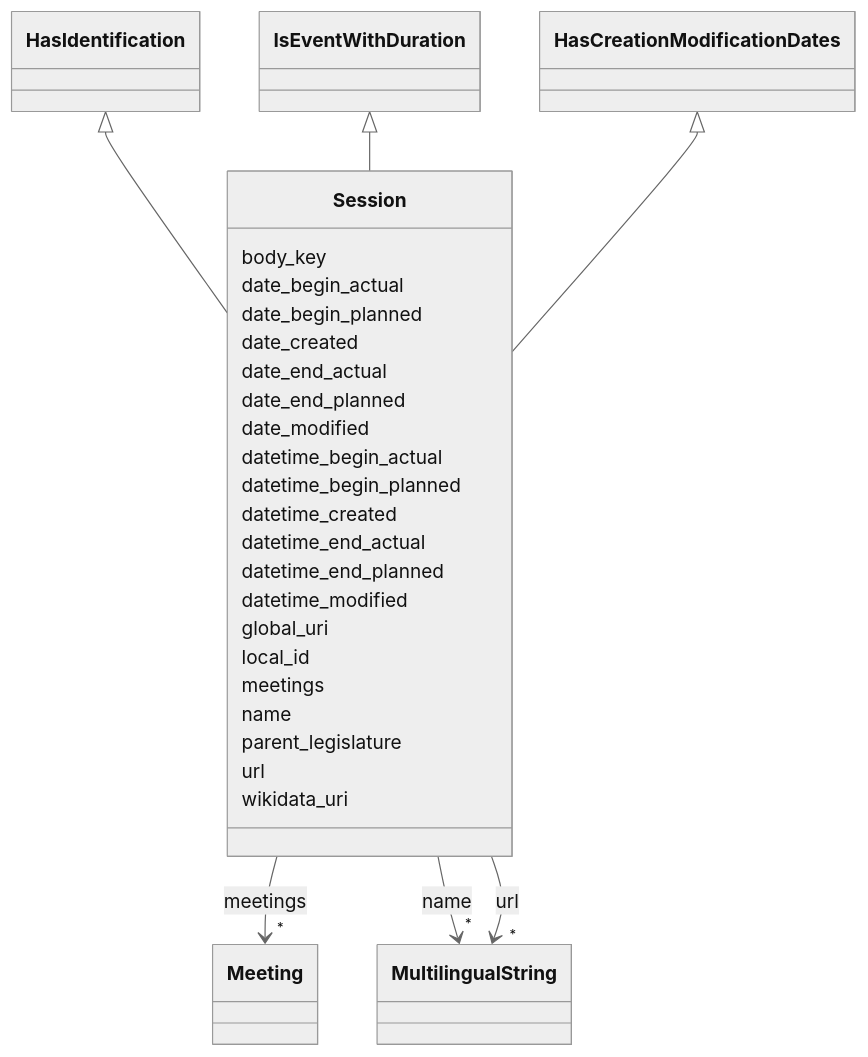
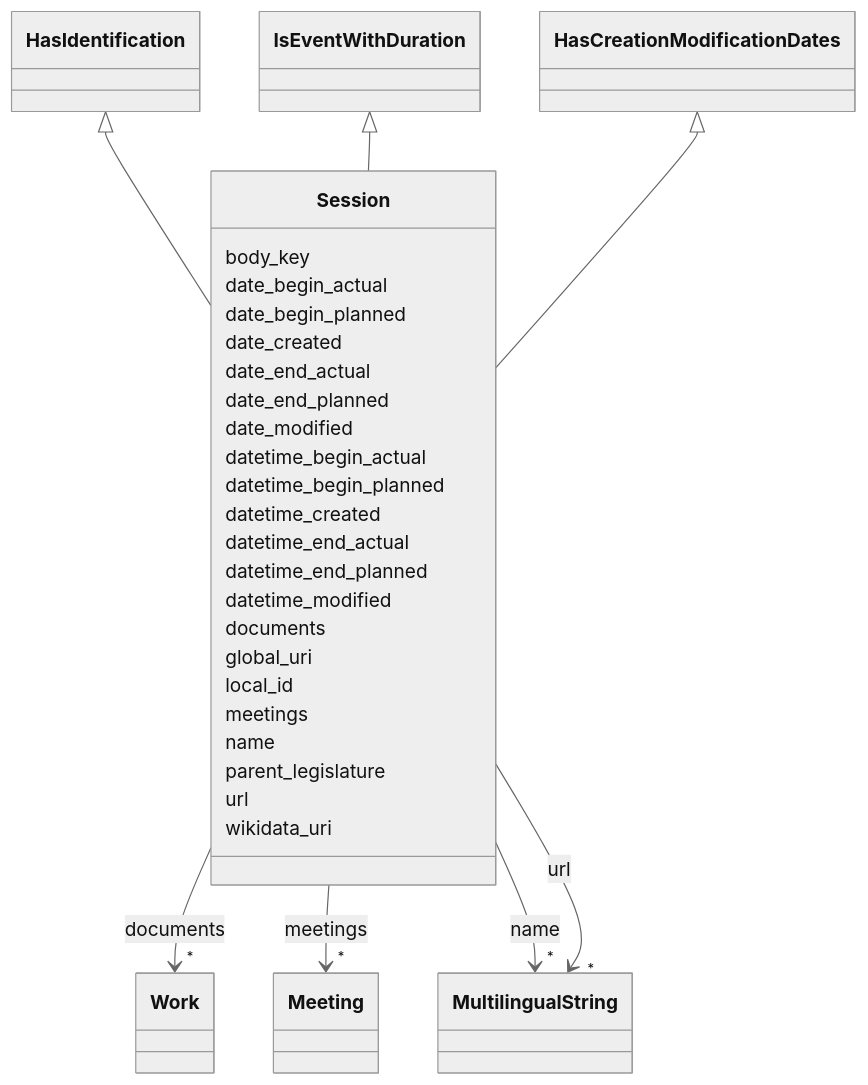
Before and after one commit to swiss/political-affairs-ech-group: the diagram in ech-0293_operations/output/docs/Session.md, drawn with Mermaid (neutral theme). The commit also changed other lines of this file and 87 other files, not shown here.

```diff
--- a/ech-0293_operations/output/docs/Session.md
+++ b/ech-0293_operations/output/docs/Session.md
@@ -55,6 +55,17 @@
       Session : datetime_end_planned
         
       Session : datetime_modified
+        
+      Session : documents
+        
+          
+    
+        
+        
+        Session --> "*" Work : documents
+        click Work href "../Work/"
+    
+
         
       Session : global_uri
         
```
